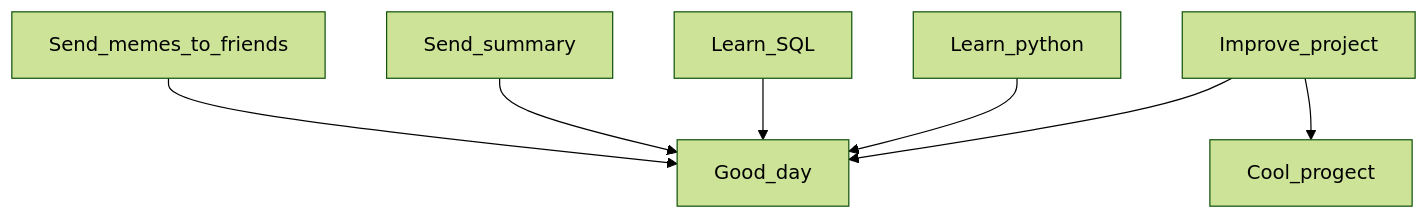
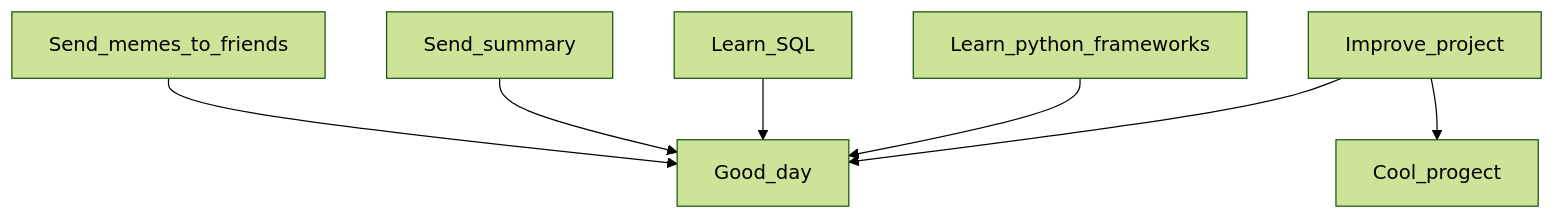
One commit to Dopelen/Dopelen changed the diagram in README.md. Above: the diagram before and after it, drawn with Mermaid (forest theme). The commit also changed other lines of this file, not shown here.

````diff
--- a/README.md
+++ b/README.md
@@ -29,9 +80,9 @@
 ```mermaid
 graph TD;
     Improve_project-->Good_day;
     Improve_project-->Cool_progect;
-    Learn_python-->Good_day;
+    Learn_python_frameworks-->Good_day;
     Learn_SQL-->Good_day;
     Send_summary-->Good_day;
     Send_memes_to_friends --> Good_day;
 ```
````
